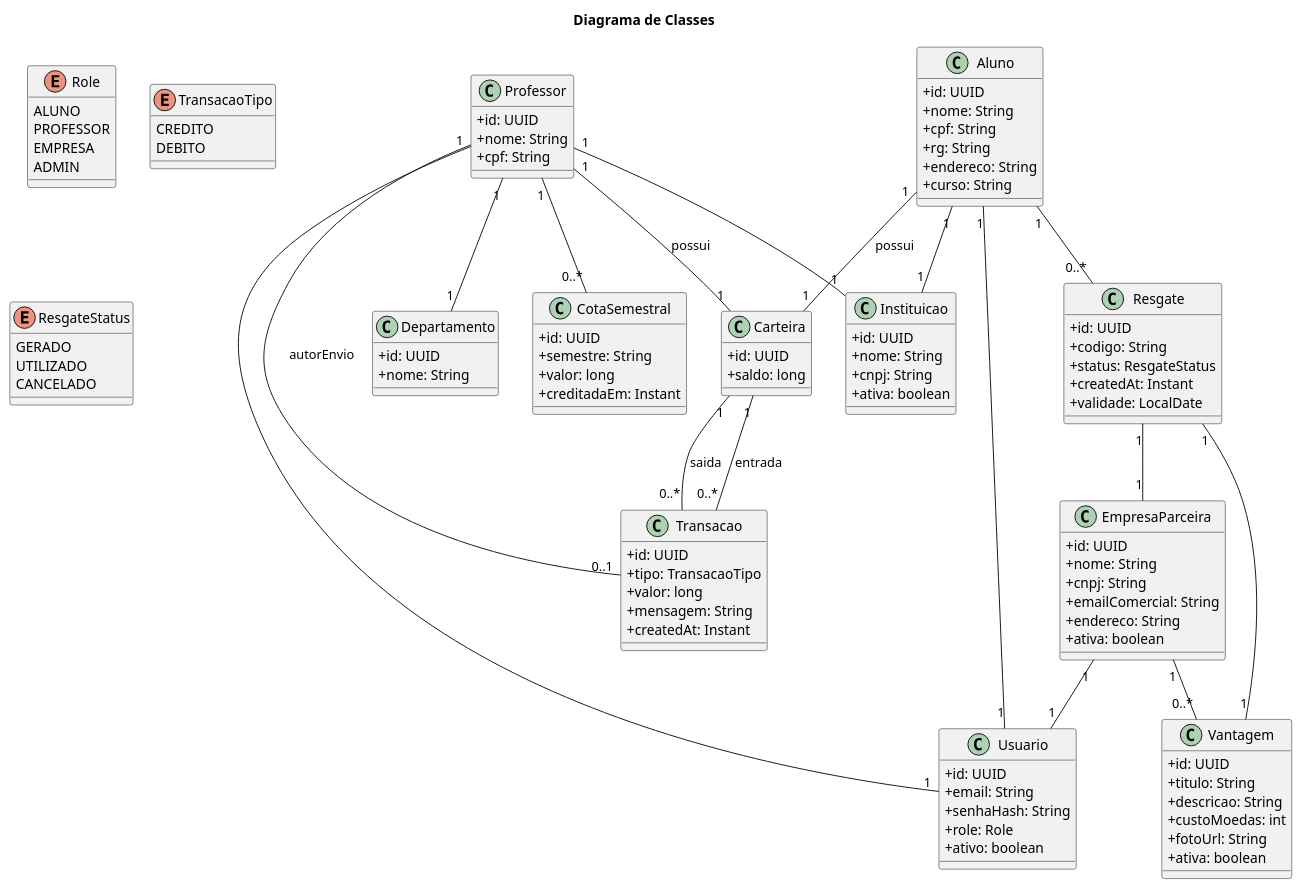
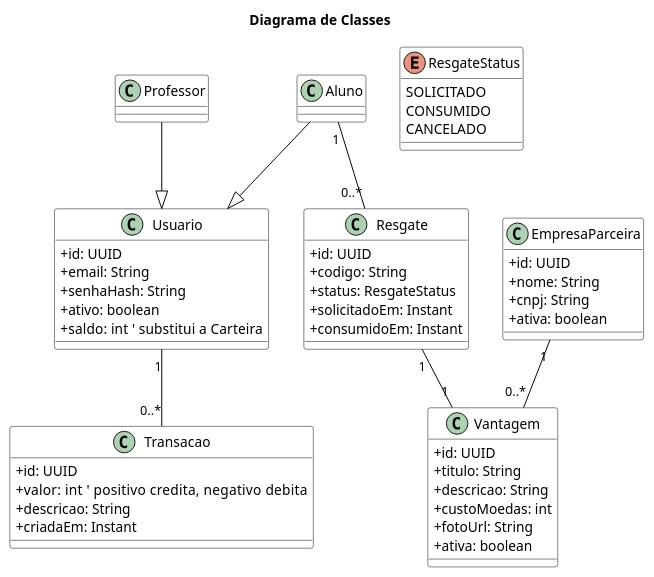
One commit to pedrolucas444/sistema-moeda-estudantil changed the diagram in projeto/Diagrama de Classes.puml. Above: the diagram before and after it, drawn with PlantUML. The commit also changed 8 other files, not shown here.

Commit message:
Corrigindo o diagrama de classe, implantacao e ER

```diff
--- a/projeto/Diagrama de Classes.puml
+++ b/projeto/Diagrama de Classes.puml
@@ -1,122 +1,72 @@
 @startuml
-title Diagrama de Classes 
+title Diagrama de Classes
 skinparam classAttributeIconSize 0
+skinparam class {
+  BackgroundColor White
+  ArrowColor Black
+  BorderColor Black
+}
 
+' ===== Superclasse =====
 class Usuario {
   +id: UUID
   +email: String
   +senhaHash: String
-  +role: Role
   +ativo: boolean
+  +saldo: int  ' substitui a Carteira
 }
 
-enum Role {
-  ALUNO
-  PROFESSOR
-  EMPRESA
-  ADMIN
-}
+' ===== Especializações =====
+class Aluno
+class Professor
 
-class Instituicao {
+Aluno --|> Usuario
+Professor --|> Usuario
+
+' ===== Demais entidades do domínio =====
+class EmpresaParceira {
   +id: UUID
   +nome: String
   +cnpj: String
   +ativa: boolean
 }
-
-class Departamento {
-  +id: UUID
-  +nome: String
-}
-
-class Professor {
-  +id: UUID
-  +nome: String
-  +cpf: String
-}
-Professor "1" -- "1" Usuario
-Professor "1" -- "1" Instituicao
-Professor "1" -- "1" Departamento
-
-class Aluno {
-  +id: UUID
-  +nome: String
-  +cpf: String
-  +rg: String
-  +endereco: String
-  +curso: String
-}
-Aluno "1" -- "1" Usuario
-Aluno "1" -- "1" Instituicao
-
-class EmpresaParceira {
-  +id: UUID
-  +nome: String
-  +cnpj: String
-  +emailComercial: String
-  +endereco: String
-  +ativa: boolean
-}
-EmpresaParceira "1" -- "1" Usuario
 
 class Vantagem {
   +id: UUID
   +titulo: String
   +descricao: String
   +custoMoedas: int
   +fotoUrl: String
   +ativa: boolean
 }
-EmpresaParceira "1" -- "0..*" Vantagem
-
-class Carteira {
-  +id: UUID
-  +saldo: long
-}
-Aluno "1" -- "1" Carteira : possui
-Professor "1" -- "1" Carteira : possui
-
-class Transacao {
-  +id: UUID
-  +tipo: TransacaoTipo
-  +valor: long
-  +mensagem: String
-  +createdAt: Instant
-}
-
-enum TransacaoTipo {
-  CREDITO
-  DEBITO
-}
-
-Carteira "1" -- "0..*" Transacao : entrada
-Carteira "1" -- "0..*" Transacao : saida
-Transacao "0..1" -- Professor : autorEnvio
 
 class Resgate {
   +id: UUID
   +codigo: String
   +status: ResgateStatus
-  +createdAt: Instant
-  +validade: LocalDate
+  +solicitadoEm: Instant
+  +consumidoEm: Instant
 }
 
 enum ResgateStatus {
-  GERADO
-  UTILIZADO
+  SOLICITADO
+  CONSUMIDO
   CANCELADO
 }
 
+' ===== Histório de transações (sem enum crédito/débito) =====
+class Transacao {
+  +id: UUID
+  +valor: int    ' positivo credita, negativo debita
+  +descricao: String
+  +criadaEm: Instant
+}
+
+' ===== Relacionamentos =====
+EmpresaParceira "1" -- "0..*" Vantagem
 Aluno "1" -- "0..*" Resgate
 Resgate "1" -- "1" Vantagem
-Resgate "1" -- "1" EmpresaParceira
 
-class CotaSemestral {
-  +id: UUID
-  +semestre: String
-  +valor: long
-  +creditadaEm: Instant
-}
-Professor "1" -- "0..*" CotaSemestral
+Usuario "1" -- "0..*" Transacao
 
 @enduml
```
